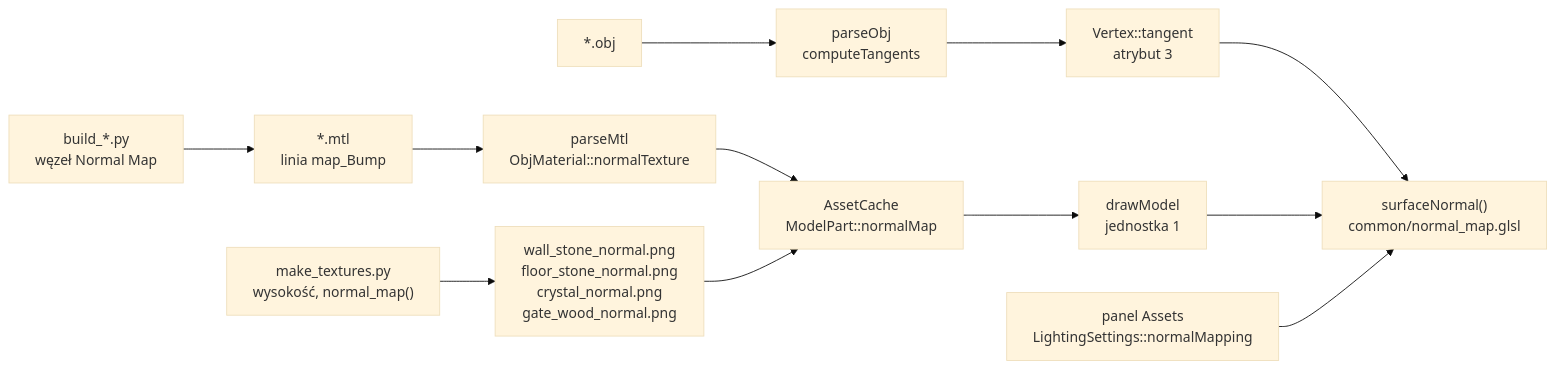
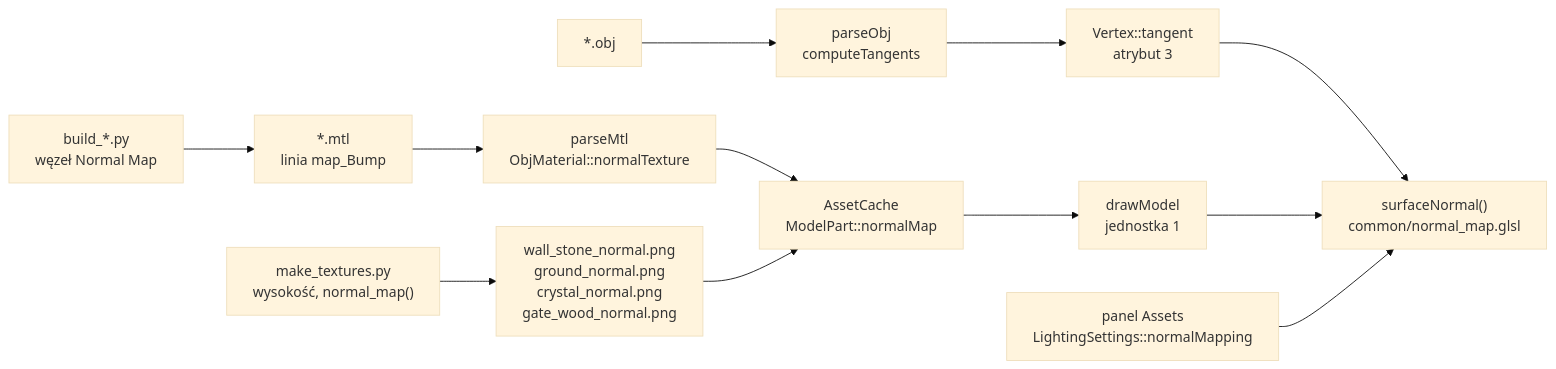
One commit to Shironex/night-maze changed the second of 2 diagrams in docs/modules/gfx/normal-mapping.md. Above: the diagram before and after it, drawn with Mermaid (base theme). The commit also changed other lines of this file and 15 other files, not shown here.

````diff
--- a/docs/modules/gfx/normal-mapping.md
+++ b/docs/modules/gfx/normal-mapping.md
@@ -536,14 +536,14 @@
 ```mermaid
 flowchart LR
-    Script["make_textures.py<br/>wysokość, normal_map()"] --> Png["wall_stone_normal.png<br/>floor_stone_normal.png<br/>crystal_normal.png<br/>gate_wood_normal.png"]
+    Script["make_textures.py<br/>wysokość, normal_map()"] --> Png["wall_stone_normal.png<br/>ground_normal.png<br/>crystal_normal.png<br/>gate_wood_normal.png"]
     Build["build_*.py<br/>węzeł Normal Map"] --> Mtl["*.mtl<br/>linia map_Bump"]
     Mtl --> Parser["parseMtl<br/>ObjMaterial::normalTexture"]
     Obj["*.obj"] --> ParseObj["parseObj<br/>computeTangents"]
     ParseObj --> Vertex["Vertex::tangent<br/>atrybut 3"]
     Parser --> Cache["AssetCache<br/>ModelPart::normalMap"]
     Png --> Cache
     Cache --> Renderer["drawModel<br/>jednostka 1"]
     Vertex --> Shader["surfaceNormal()<br/>common/normal_map.glsl"]
     Renderer --> Shader
     Toggle["panel Assets<br/>LightingSettings::normalMapping"] --> Shader
 ```
````
